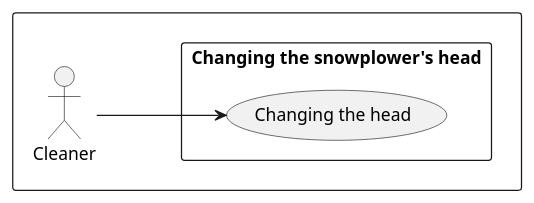
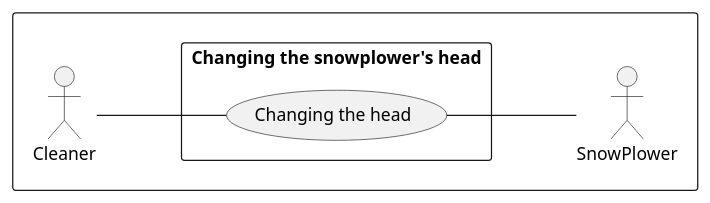
Before and after one commit to MiklosBacsi/Hokotro: the diagram in UML/5. beadandó/Use-case diagram/headchange.puml, drawn with PlantUML. The commit also changed 1 other file, not shown here.

```diff
--- a/UML/5. beadandó/Use-case diagram/headchange.puml
+++ b/UML/5. beadandó/Use-case diagram/headchange.puml
@@ -1,13 +1,14 @@
 @startuml
 rectangle {
 left to right direction
 
 actor Cleaner as C
 
 rectangle "Changing the snowplower's head" {
     (Changing the head)    as cth
 }
 
-C --> cth
+C -- cth
+cth -- :SnowPlower:
 }
 @enduml
```
